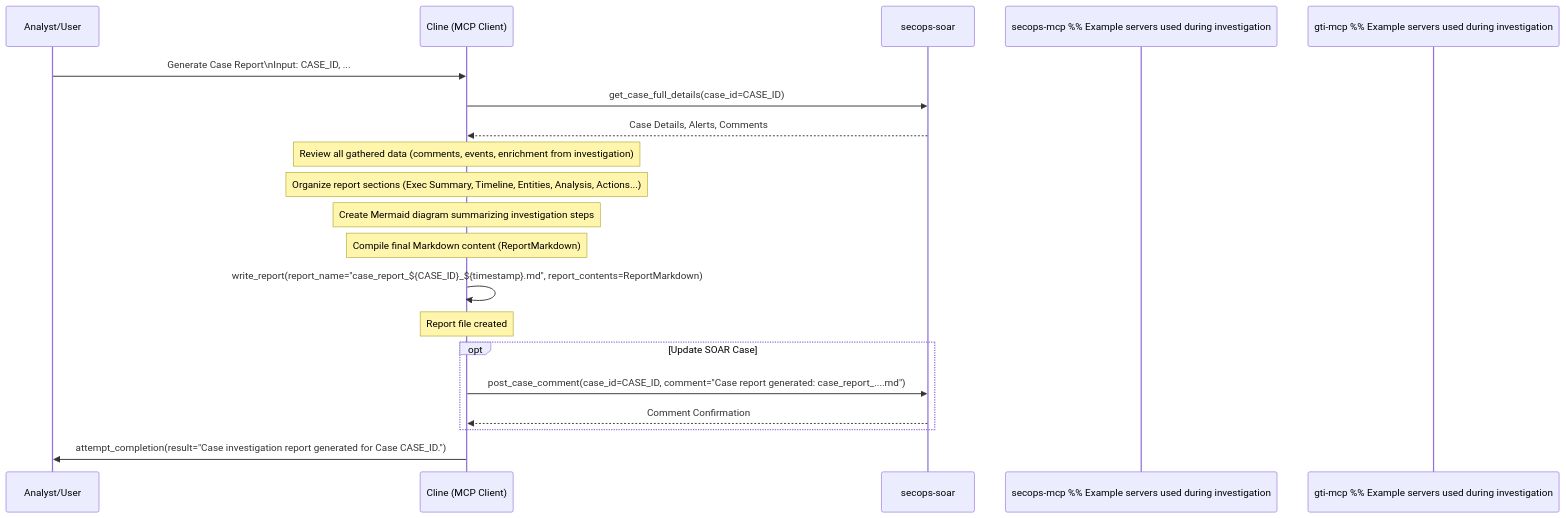
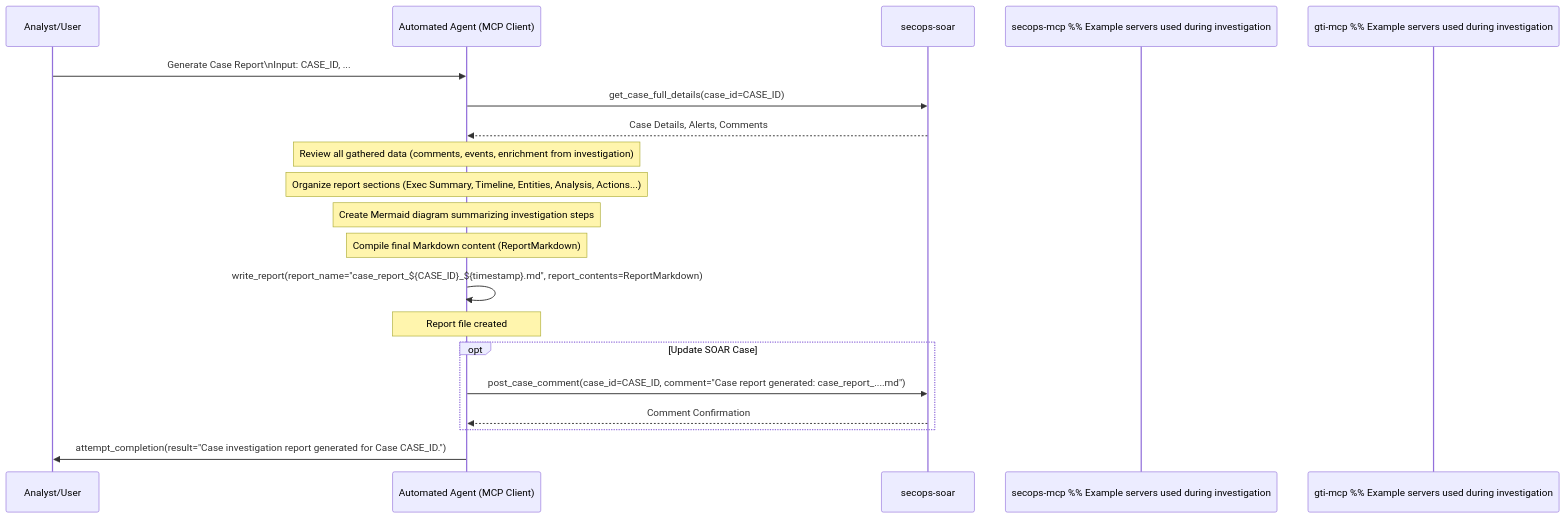
The diagram in rules-bank/run_books/case_report.md (dandye/adk_runbooks), drawn with Mermaid before and after one commit. The commit also changed other lines of this file and 42 other files, not shown here.

````diff
--- a/rules-bank/run_books/case_report.md
+++ b/rules-bank/run_books/case_report.md
@@ -34,36 +34,36 @@
 ```{mermaid}
 sequenceDiagram
     participant Analyst/User
-    participant Cline as Cline (MCP Client)
+    participant AutomatedAgent as Automated Agent (MCP Client)
     participant SOAR as secops-soar
     participant SIEM as secops-mcp %% Example servers used during investigation
     participant GTI as gti-mcp  %% Example servers used during investigation
 
-    Analyst/User->>Cline: Generate Case Report\nInput: CASE_ID, ...
+    Analyst/User->>AutomatedAgent: Generate Case Report\nInput: CASE_ID, ...
 
     %% Step 1: Gather Case Data
-    Cline->>SOAR: get_case_full_details(case_id=CASE_ID)
-    SOAR-->>Cline: Case Details, Alerts, Comments
+    AutomatedAgent->>SOAR: get_case_full_details(case_id=CASE_ID)
+    SOAR-->>AutomatedAgent: Case Details, Alerts, Comments
     %% Potentially re-run list_events_by_alert if needed
 
     %% Step 2: Synthesize Findings
-    Note over Cline: Review all gathered data (comments, events, enrichment from investigation)
+    Note over AutomatedAgent: Review all gathered data (comments, events, enrichment from investigation)
 
     %% Step 3 & 4: Structure Report & Generate Diagram
-    Note over Cline: Organize report sections (Exec Summary, Timeline, Entities, Analysis, Actions...)
-    Note over Cline: Create Mermaid diagram summarizing investigation steps
+    Note over AutomatedAgent: Organize report sections (Exec Summary, Timeline, Entities, Analysis, Actions...)
+    Note over AutomatedAgent: Create Mermaid diagram summarizing investigation steps
 
     %% Step 5 & 6: Format & Write Report
-    Note over Cline: Compile final Markdown content (ReportMarkdown)
-    Cline->>Cline: write_report(report_name="case_report_${CASE_ID}_${timestamp}.md", report_contents=ReportMarkdown)
-    Note over Cline: Report file created
+    Note over AutomatedAgent: Compile final Markdown content (ReportMarkdown)
+    AutomatedAgent->>AutomatedAgent: write_report(report_name="case_report_${CASE_ID}_${timestamp}.md", report_contents=ReportMarkdown)
+    Note over AutomatedAgent: Report file created
 
     %% Step 7: Optional SOAR Update
     opt Update SOAR Case
-        Cline->>SOAR: post_case_comment(case_id=CASE_ID, comment="Case report generated: case_report_....md")
-        SOAR-->>Cline: Comment Confirmation
+        AutomatedAgent->>SOAR: post_case_comment(case_id=CASE_ID, comment="Case report generated: case_report_....md")
+        SOAR-->>AutomatedAgent: Comment Confirmation
     end
 
-    Cline->>Analyst/User: attempt_completion(result="Case investigation report generated for Case CASE_ID.")
+    AutomatedAgent->>Analyst/User: attempt_completion(result="Case investigation report generated for Case CASE_ID.")
 
 ```
````
